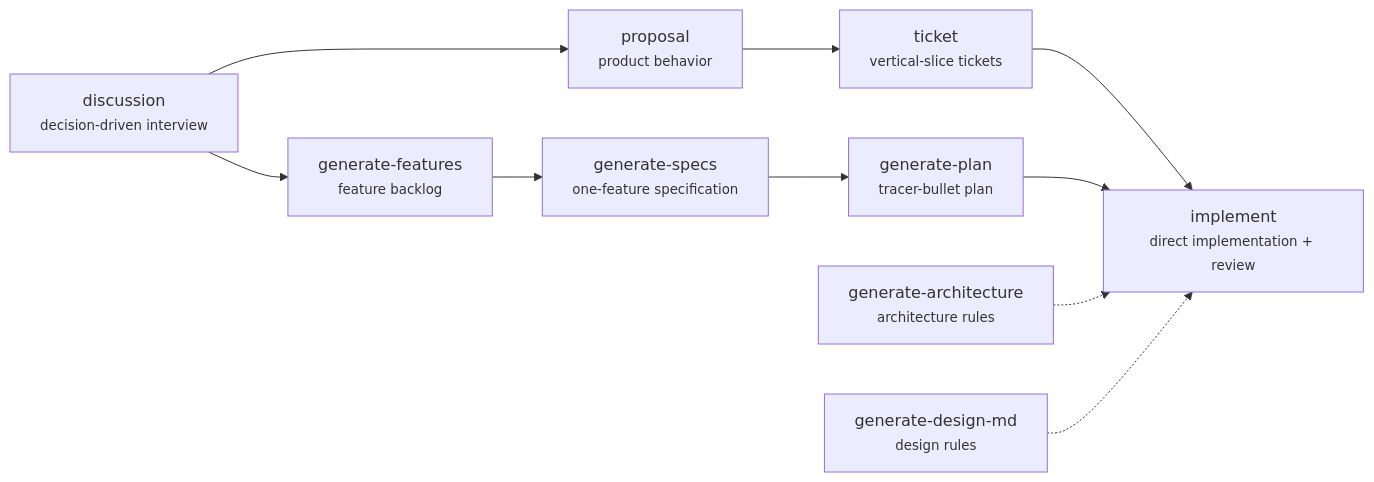
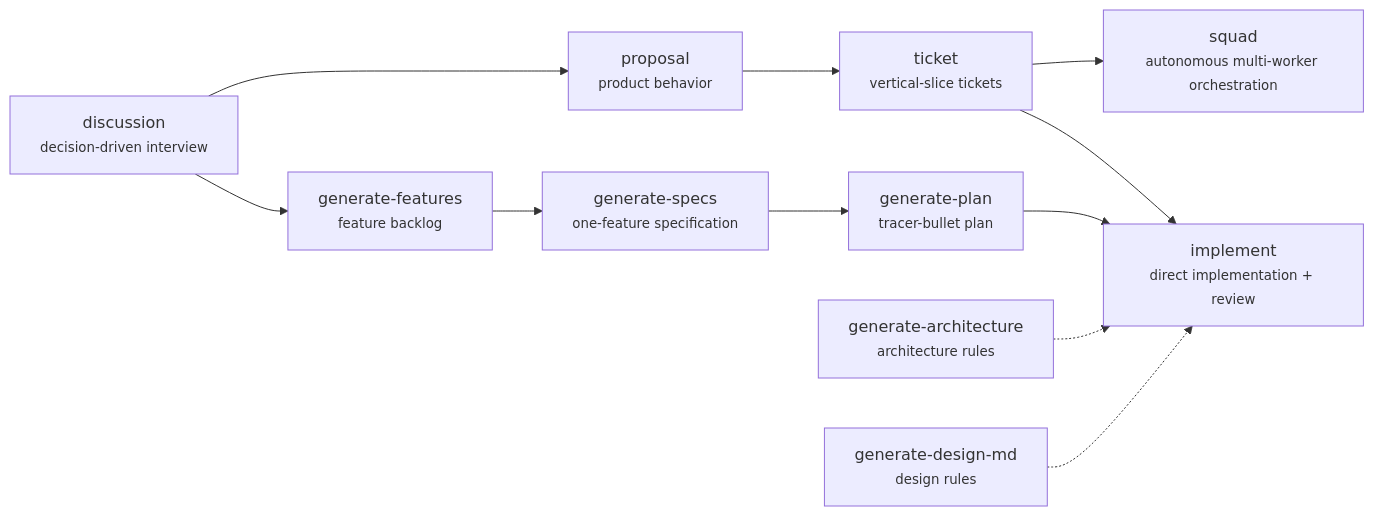
Before and after one commit to sanxzy/skills: the diagram in README.md, drawn with Mermaid. The commit also changed other lines of this file and 21 other files, not shown here.

Commit message:
feat: add squad orchestration and durable reporting

````diff
--- a/README.md
+++ b/README.md
@@ -56,14 +57,15 @@
 ```mermaid
 flowchart LR
     discussion["discussion<br/><small>decision-driven interview</small>"] --> proposal["proposal<br/><small>product behavior</small>"]
     proposal --> ticket["ticket<br/><small>vertical-slice tickets</small>"]
     ticket --> implement["implement<br/><small>direct implementation + review</small>"]
+    ticket --> squad["squad<br/><small>autonomous multi-worker orchestration</small>"]
 
     discussion --> generate-features["generate-features<br/><small>feature backlog</small>"]
     generate-features --> generate-specs["generate-specs<br/><small>one-feature specification</small>"]
     generate-specs --> generate-plan["generate-plan<br/><small>tracer-bullet plan</small>"]
     generate-plan --> implement
 
     generate-architecture["generate-architecture<br/><small>architecture rules</small>"] -.-> implement
     generate-design-md["generate-design-md<br/><small>design rules</small>"] -.-> implement
 ```
````
